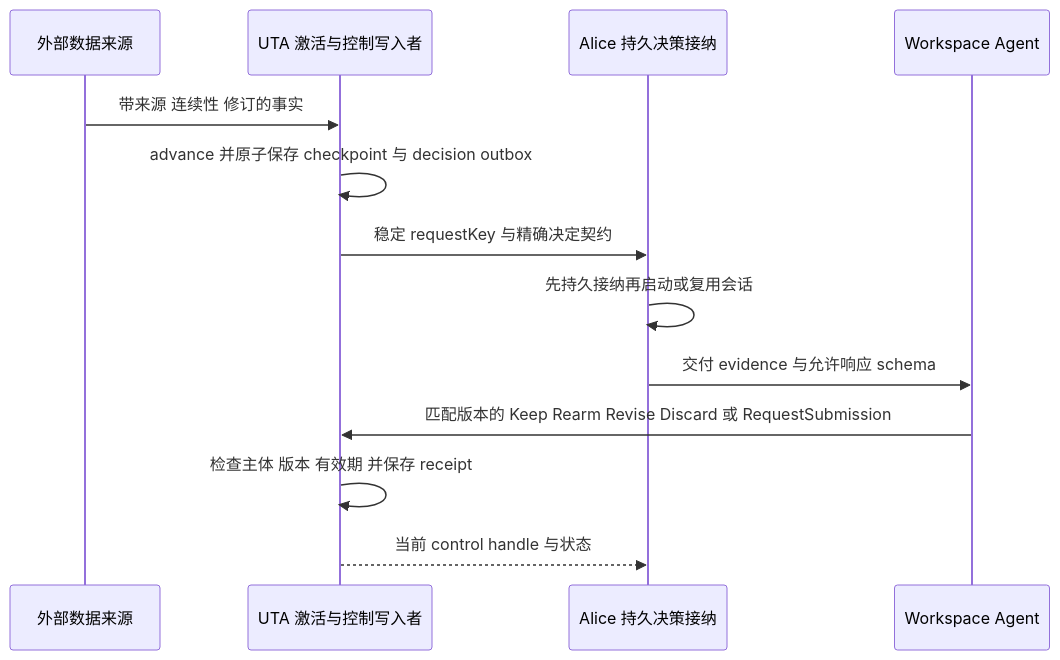
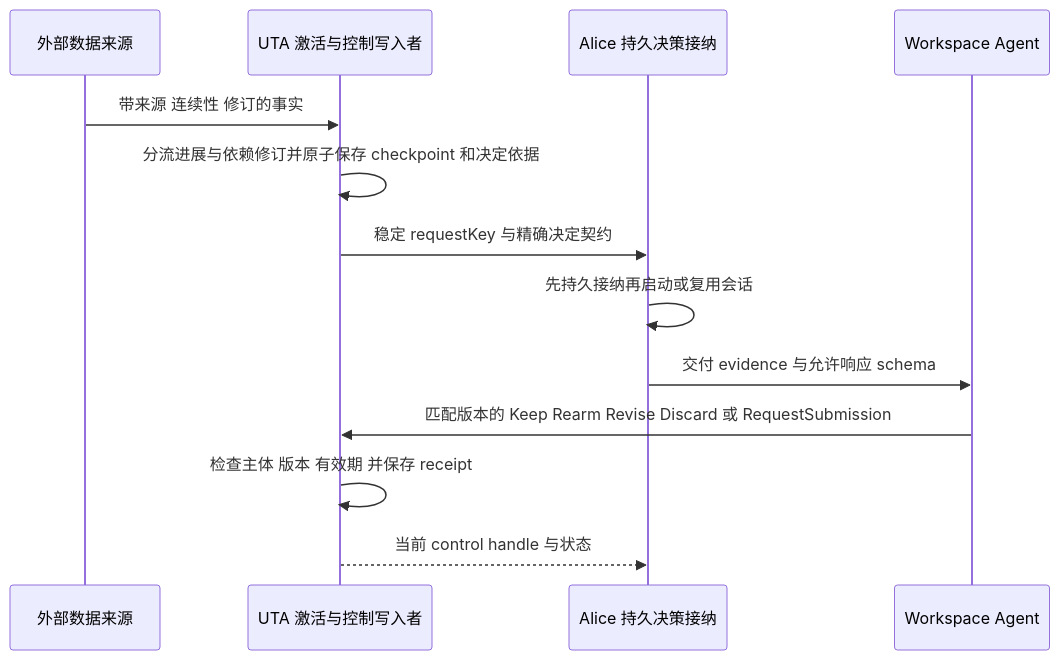
Before and after one commit to mouriya-s-lab/OpenAlice: the fourth of 5 diagrams in docs/uta-capability-runtime-design.md, drawn with Mermaid. The commit also changed other lines of this file and 10 other files, not shown here.

````diff
--- a/docs/uta-capability-runtime-design.md
+++ b/docs/uta-capability-runtime-design.md
@@ -802,15 +1014,15 @@
 ```mermaid
 sequenceDiagram
   participant Source as 外部数据来源
   participant UTA as UTA 激活与控制写入者
   participant Alice as Alice 持久决策接纳
   participant Agent as Workspace Agent
   Source->>UTA: 带来源 连续性 修订的事实
-  UTA->>UTA: advance 并原子保存 checkpoint 与 decision outbox
+  UTA->>UTA: 分流进展与依赖修订并原子保存 checkpoint 和决定依据
   UTA->>Alice: 稳定 requestKey 与精确决定契约
   Alice->>Alice: 先持久接纳再启动或复用会话
   Alice->>Agent: 交付 evidence 与允许响应 schema
   Agent->>UTA: 匹配版本的 Keep Rearm Revise Discard 或 RequestSubmission
   UTA->>UTA: 检查主体 版本 有效期 并保存 receipt
   UTA-->>Alice: 当前 control handle 与状态
 ```
````
